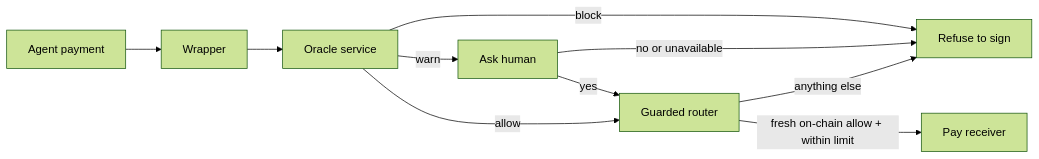
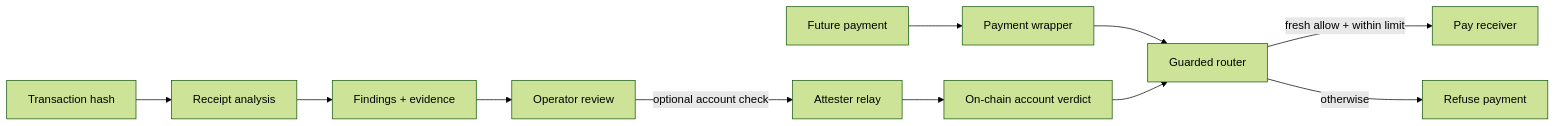
Before and after one commit to fuzious/Croft: the diagram in near/agent/README.md, drawn with Mermaid (forest theme). The commit also changed other lines of this file and 19 other files, not shown here.

Commit message:
Make protocol transaction investigation the primary flow

````diff
--- a/near/agent/README.md
+++ b/near/agent/README.md
@@ -5,12 +7,13 @@
 ```mermaid
 flowchart LR
-    A[Agent payment] --> W[Wrapper]
-    W --> O[Oracle service]
-    O -->|block| X[Refuse to sign]
-    O -->|warn| H[Ask human]
-    H -->|no or unavailable| X
-    H -->|yes| R[Guarded router]
-    O -->|allow| R
-    R -->|fresh on-chain allow + within limit| P[Pay receiver]
-    R -->|anything else| X
+    T[Transaction hash] --> D[Receipt analysis]
+    D --> F[Findings + evidence]
+    F --> H[Operator review]
+    H -->|optional account check| A[Attester relay]
+    A --> V[On-chain account verdict]
+    P[Future payment] --> W[Payment wrapper]
+    W --> R[Guarded router]
+    V --> R
+    R -->|fresh allow + within limit| Y[Pay receiver]
+    R -->|otherwise| N[Refuse payment]
 ```
````
